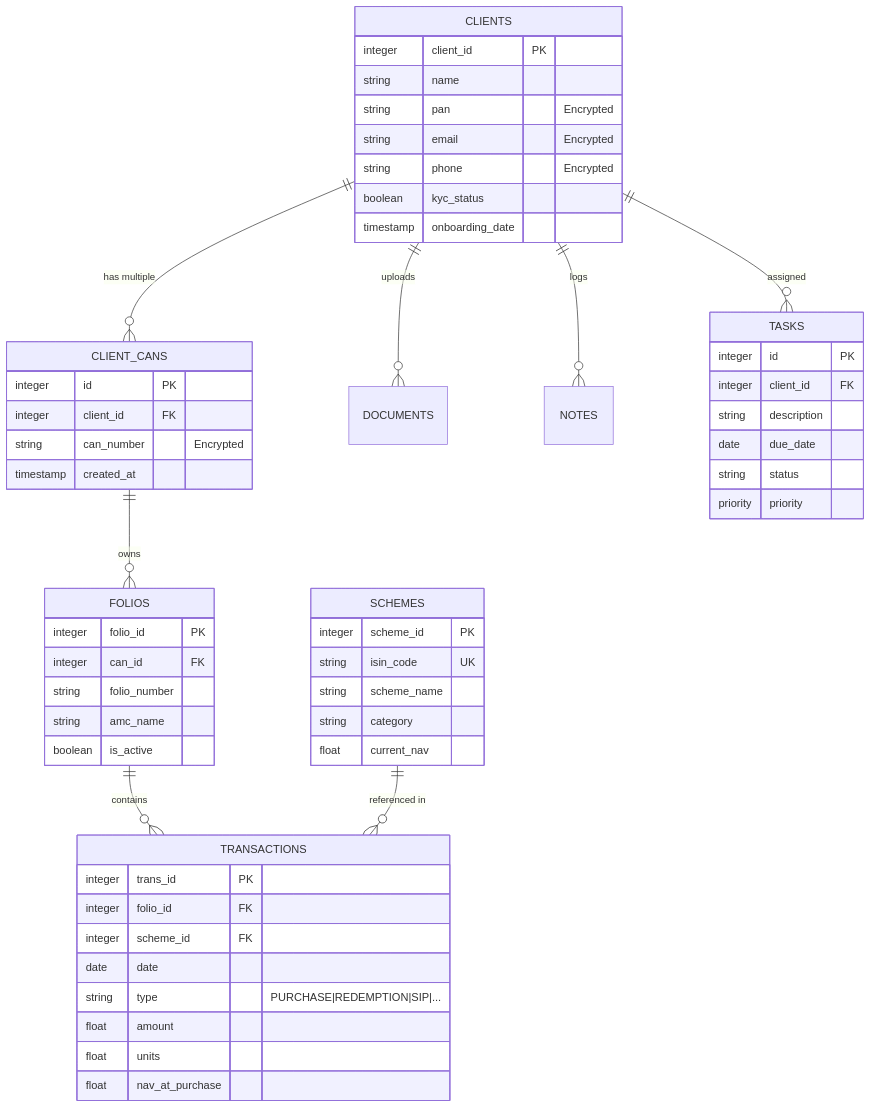
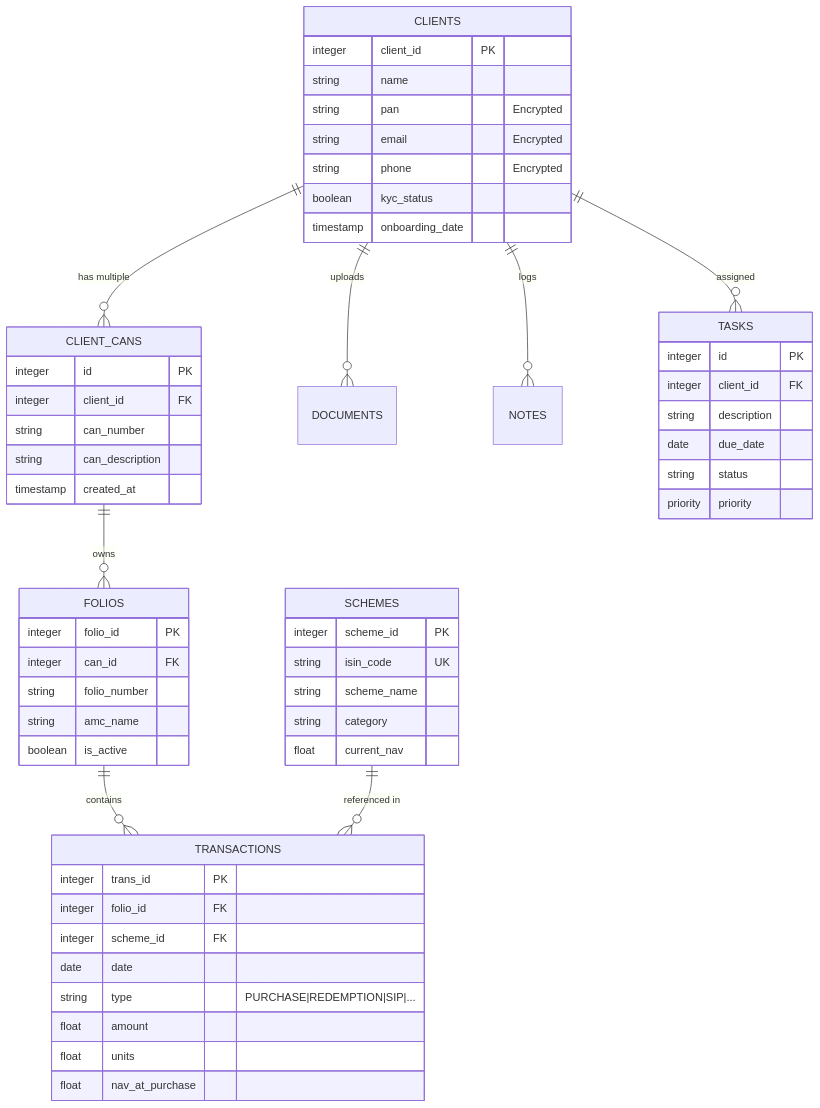
Before and after one commit to rmaries/Open_MFD_CRM: the diagram in DEVELOPER_GUIDE.md, drawn with Mermaid. The commit also changed other lines of this file and 3 other files, not shown here.

Commit message:
feat: add can_description field to CLIENT_CANS

````diff
--- a/DEVELOPER_GUIDE.md
+++ b/DEVELOPER_GUIDE.md
@@ -89,63 +89,64 @@
 ```mermaid
 erDiagram
     CLIENTS ||--o{ CLIENT_CANS : "has multiple"
     CLIENTS ||--o{ DOCUMENTS : "uploads"
     CLIENTS ||--o{ NOTES : "logs"
     CLIENTS ||--o{ TASKS : "assigned"
     CLIENT_CANS ||--o{ FOLIOS : "owns"
     FOLIOS ||--o{ TRANSACTIONS : "contains"
     SCHEMES ||--o{ TRANSACTIONS : "referenced in"
 
     CLIENTS {
         integer client_id PK
         string name
         string pan "Encrypted"
         string email "Encrypted"
         string phone "Encrypted"
         boolean kyc_status
         timestamp onboarding_date
     }
 
     CLIENT_CANS {
         integer id PK
         integer client_id FK
-        string can_number "Encrypted"
+        string can_number
+        string can_description
         timestamp created_at
     }
 
     FOLIOS {
         integer folio_id PK
         integer can_id FK
         string folio_number
         string amc_name
         boolean is_active
     }
 
     TRANSACTIONS {
         integer trans_id PK
         integer folio_id FK
         integer scheme_id FK
         date date
         string type "PURCHASE|REDEMPTION|SIP|..."
         float amount
         float units
         float nav_at_purchase
     }
 
     SCHEMES {
         integer scheme_id PK
         string isin_code UK
         string scheme_name
         string category
         float current_nav
     }
 
     TASKS {
         integer id PK
         integer client_id FK
         string description
         date due_date
         string status
         priority priority
     }
 ```
````
